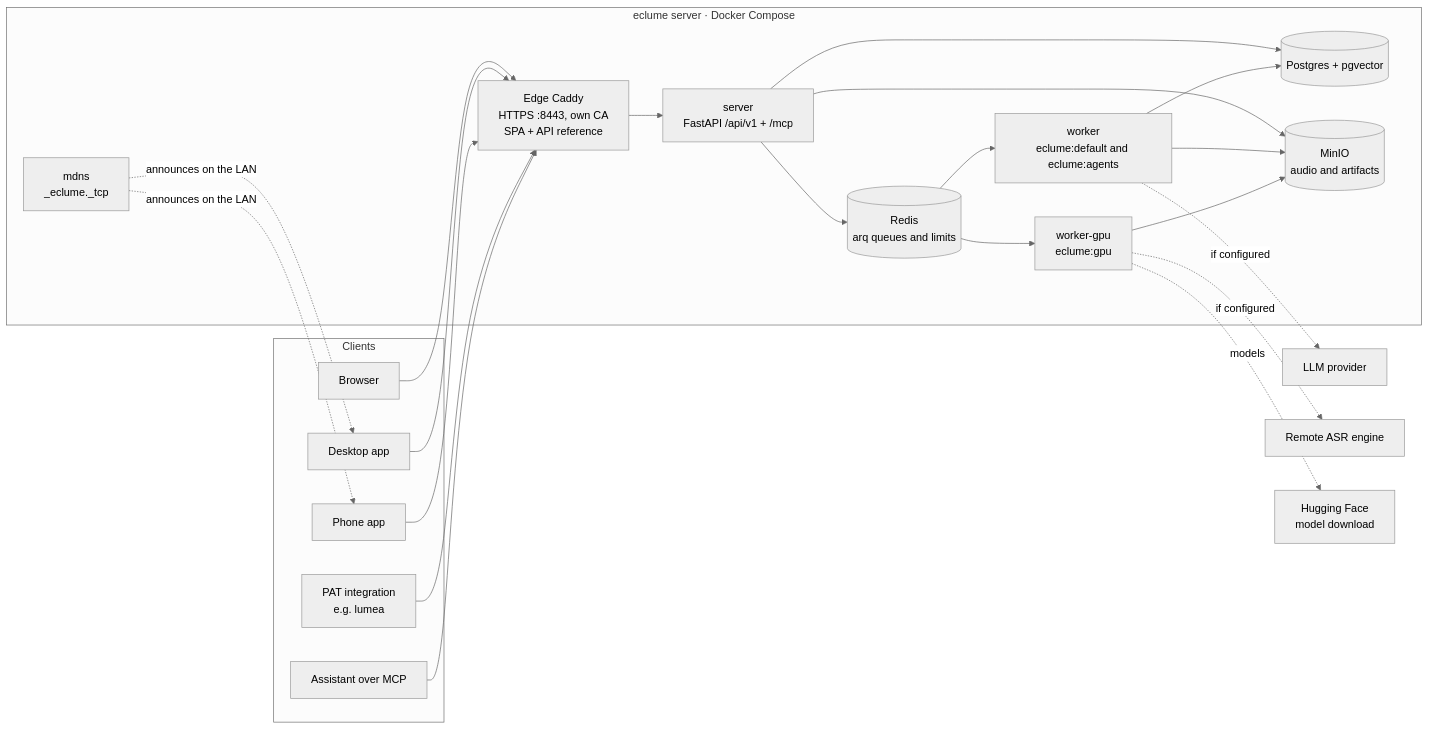
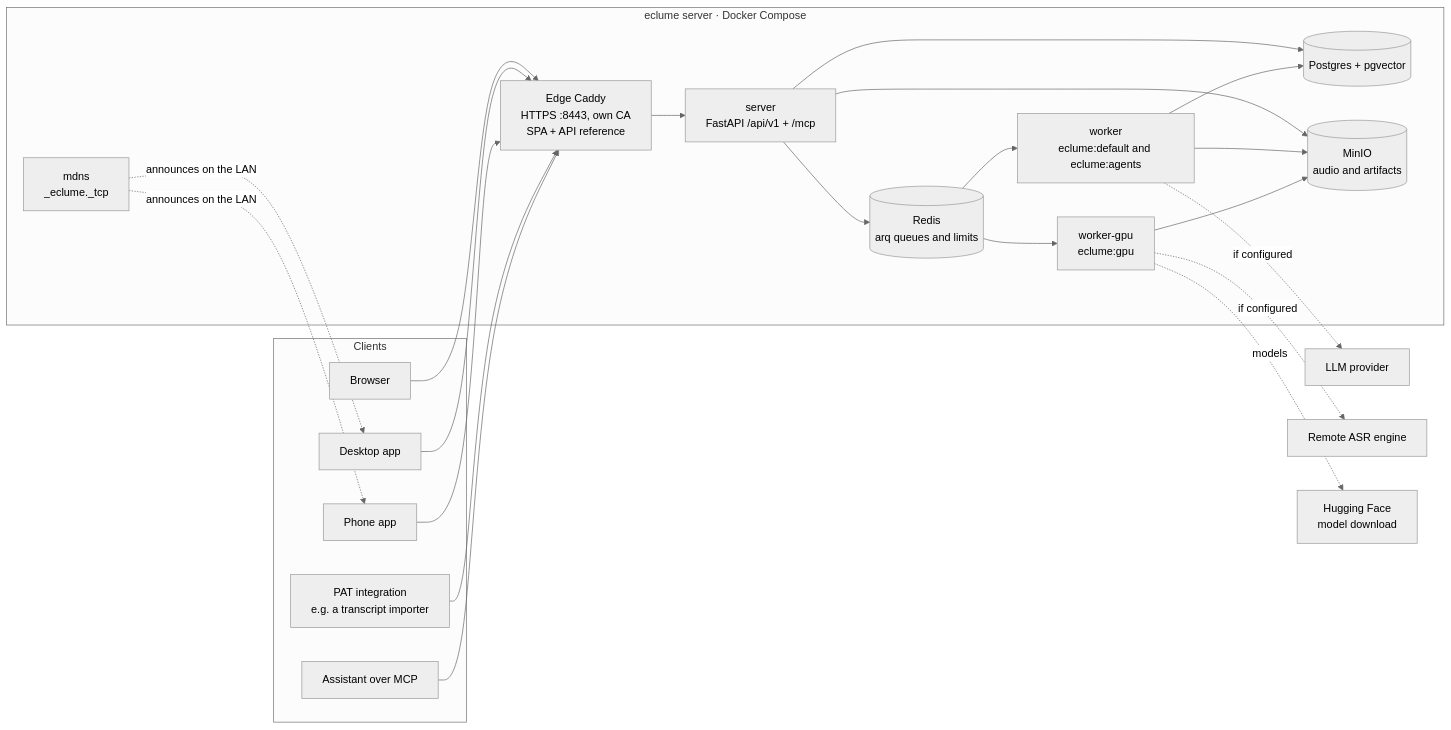
Before and after one commit to holetz/eclume: the diagram in docs/concepts/arquitetura/visao-geral.md, drawn with Mermaid (neutral theme). The commit also changed other lines of this file and 7 other files, not shown here.

````diff
--- a/docs/concepts/arquitetura/visao-geral.md
+++ b/docs/concepts/arquitetura/visao-geral.md
@@ -22,36 +22,36 @@
 ```mermaid
 flowchart LR
   subgraph clientes[Clients]
     nav[Browser]
     desk[Desktop app]
     cel[Phone app]
-    pat[PAT integration<br/>e.g. lumea]
+    pat[PAT integration<br/>e.g. a transcript importer]
     mcpc[Assistant over MCP]
   end
 
   subgraph servidor[eclume server · Docker Compose]
     caddy[Edge Caddy<br/>HTTPS :8443, own CA<br/>SPA + API reference]
     server[server<br/>FastAPI /api/v1 + /mcp]
     wcpu[worker<br/>eclume:default and eclume:agents]
     wgpu[worker-gpu<br/>eclume:gpu]
     pg[(Postgres + pgvector)]
     redis[(Redis<br/>arq queues and limits)]
     minio[(MinIO<br/>audio and artifacts)]
     mdns[mdns<br/>_eclume._tcp]
   end
 
   llm[LLM provider]
   asr[Remote ASR engine]
   hf[Hugging Face<br/>model download]
 
   nav & desk & cel & pat & mcpc --> caddy
   caddy --> server
   server --> pg & redis & minio
   redis --> wcpu & wgpu
   wcpu --> pg & minio
   wgpu --> minio
   mdns -. announces on the LAN .-> desk & cel
   wcpu -. if configured .-> llm
   wgpu -. if configured .-> asr
   wgpu -. models .-> hf
 ```
````
